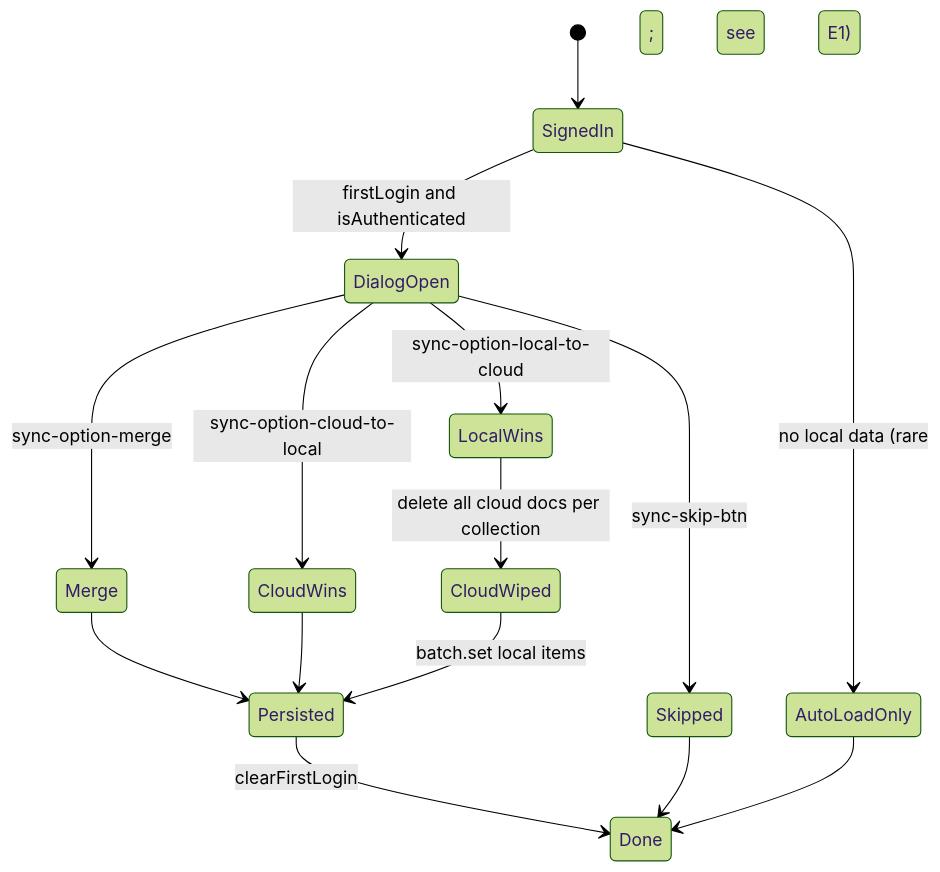
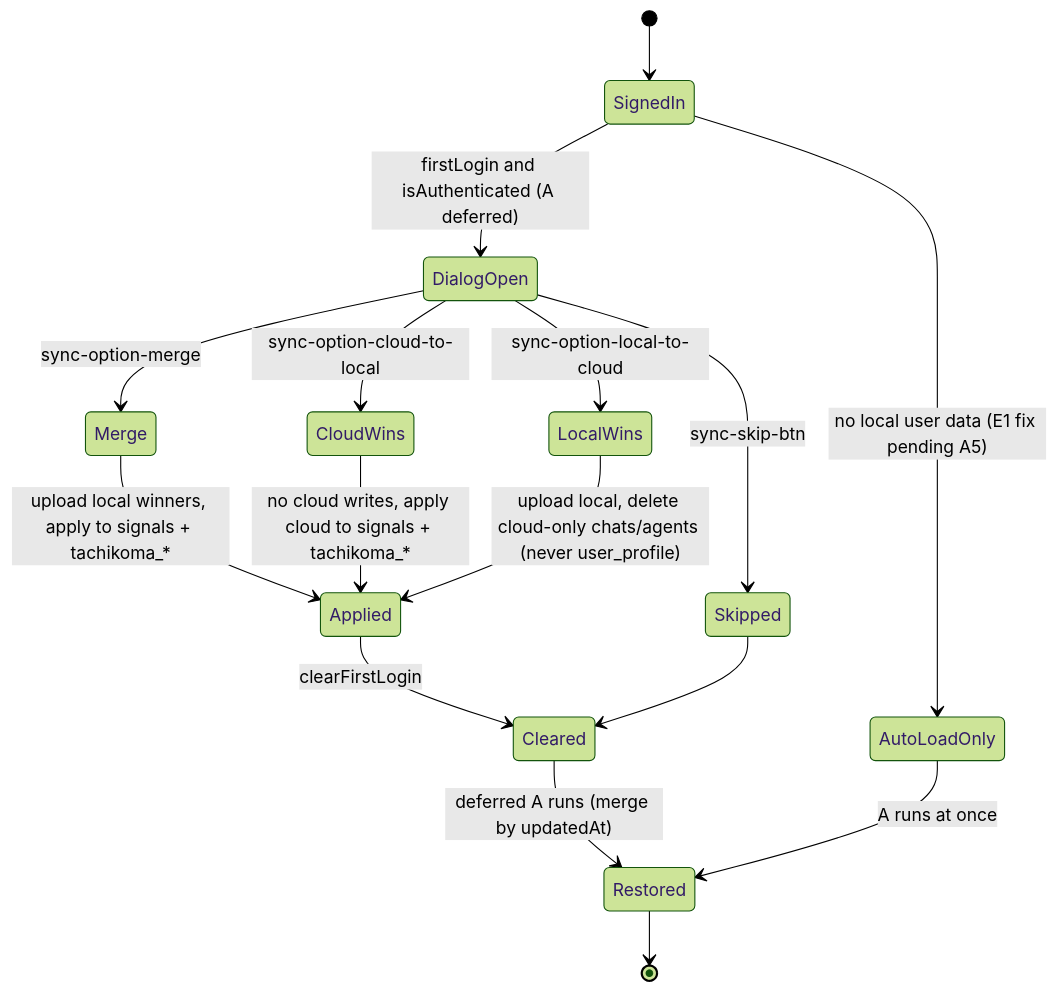
The second of 2 diagrams in docs/context/designs/Flow_RestoreAcrossDevices.md (ograva/tachikoma-console), drawn with Mermaid (forest theme) before and after one commit. The commit also changed other lines of this file and 7 other files, not shown here.

First line of the commit message:
docs(design): v1.6 stabilisation pass: final test ids, touch history actions, restore flow

````diff
--- a/docs/context/designs/Flow_RestoreAcrossDevices.md
+++ b/docs/context/designs/Flow_RestoreAcrossDevices.md
@@ -68,17 +79,18 @@
 ```mermaid
 stateDiagram-v2
     [*] --> SignedIn
-    SignedIn --> DialogOpen: firstLogin and isAuthenticated
-    SignedIn --> AutoLoadOnly: no local data (rare; see E1)
+    SignedIn --> DialogOpen: firstLogin and isAuthenticated (A deferred)
+    SignedIn --> AutoLoadOnly: no local user data (E1 fix pending A5)
     DialogOpen --> Merge: sync-option-merge
     DialogOpen --> CloudWins: sync-option-cloud-to-local
     DialogOpen --> LocalWins: sync-option-local-to-cloud
     DialogOpen --> Skipped: sync-skip-btn
-    Merge --> Persisted
-    CloudWins --> Persisted
-    LocalWins --> CloudWiped: delete all cloud docs per collection
-    CloudWiped --> Persisted: batch.set local items
-    Persisted --> Done: clearFirstLogin
-    Skipped --> Done
-    AutoLoadOnly --> Done
+    Merge --> Applied: upload local winners, apply to signals + tachikoma_*
+    CloudWins --> Applied: no cloud writes, apply cloud to signals + tachikoma_*
+    LocalWins --> Applied: upload local, delete cloud-only chats/agents (never user_profile)
+    Applied --> Cleared: clearFirstLogin
+    Skipped --> Cleared
+    Cleared --> Restored: deferred A runs (merge by updatedAt)
+    AutoLoadOnly --> Restored: A runs at once
+    Restored --> [*]
 ```
````
